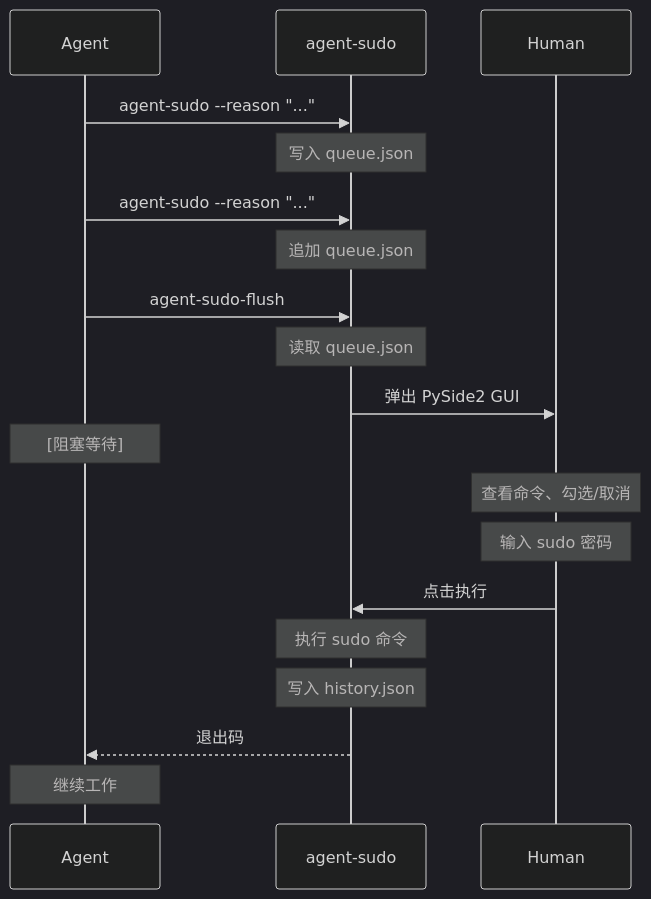
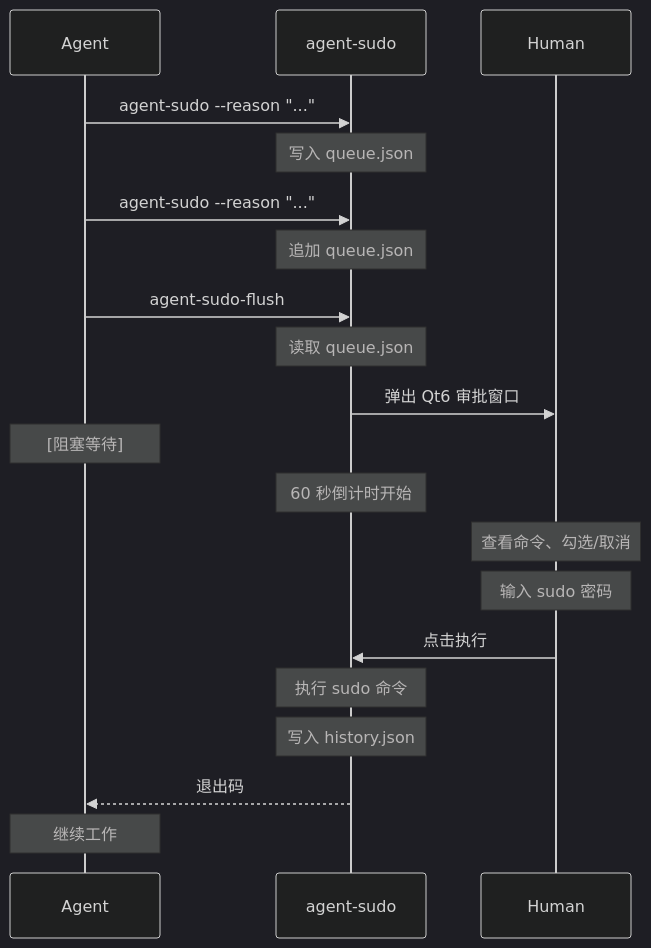
Before and after one commit to 7emotions/agent-sudo: the diagram in README.md, drawn with Mermaid (dark theme). The commit also changed other lines of this file, not shown here.

````diff
--- a/README.md
+++ b/README.md
@@ -162,25 +218,26 @@
 ```mermaid
 sequenceDiagram
     participant Agent
     participant agent-sudo
     participant Human
 
     Agent->>agent-sudo: agent-sudo --reason "..."
     Note over agent-sudo: 写入 queue.json
     Agent->>agent-sudo: agent-sudo --reason "..."
     Note over agent-sudo: 追加 queue.json
 
     Agent->>agent-sudo: agent-sudo-flush
     Note over agent-sudo: 读取 queue.json
-    agent-sudo->>Human: 弹出 PySide2 GUI
+    agent-sudo->>Human: 弹出 Qt6 审批窗口
     Note over Agent: [阻塞等待]
+    Note over agent-sudo: 60 秒倒计时开始
 
     Note over Human: 查看命令、勾选/取消
     Note over Human: 输入 sudo 密码
     Human->>agent-sudo: 点击执行
 
     Note over agent-sudo: 执行 sudo 命令
     Note over agent-sudo: 写入 history.json
     agent-sudo-->>Agent: 退出码
     Note over Agent: 继续工作
 ```
````
